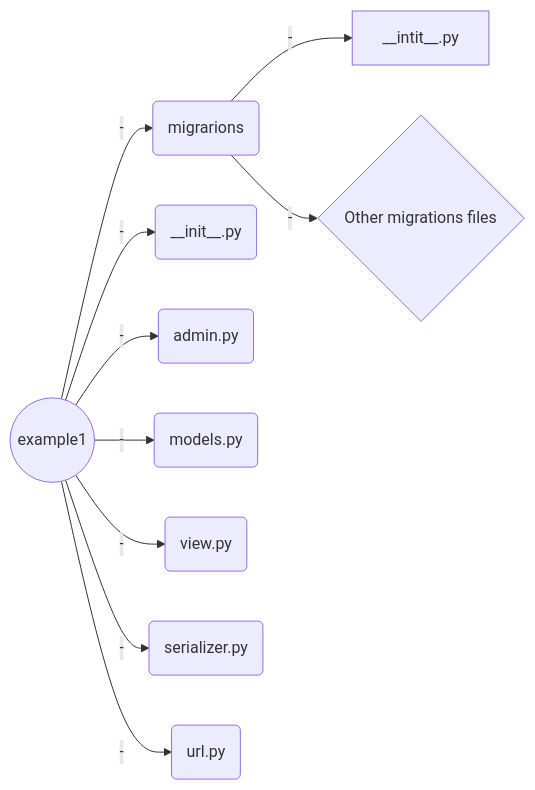
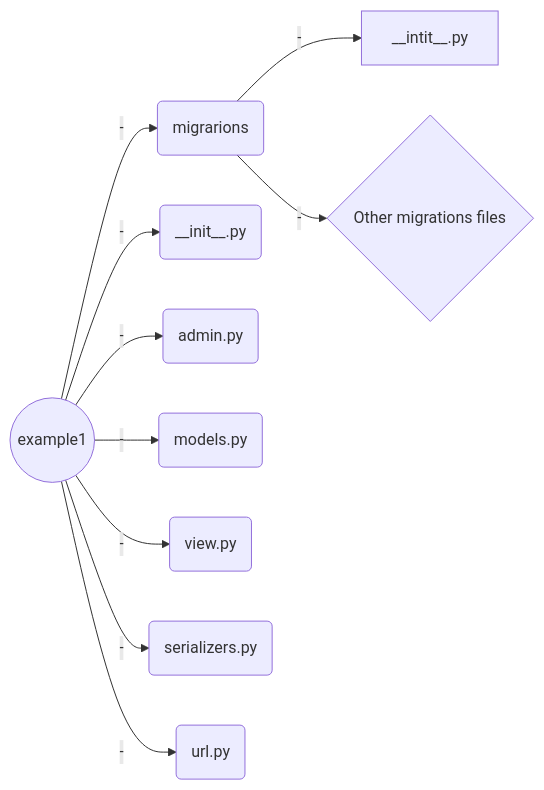
The first of 3 diagrams in Welcome file.md (LooDaHu/ARORA_General_-Introduction), drawn with Mermaid before and after one commit. The commit also changed other lines of this file, not shown here.

````diff
--- a/Welcome file.md
+++ b/Welcome file.md
@@ -43,14 +43,14 @@
 ```mermaid
 graph LR
 A((example1)) -- - --> B(migrarions) 
 B(migrarions) -- - --> C[__intit__.py]
 B(migrarions) -- - --> D{Other migrations files}
 A((example1)) -- - --> E(__init__.py) 
 A((example1)) -- - --> F(admin.py) 
 A((example1)) -- - --> G(models.py) 
 A((example1)) -- - --> H(view.py)
-A((example1)) -- - --> I(serializer.py)
+A((example1)) -- - --> I(serializers.py)
 A((example1)) -- - --> J(url.py)
  
 
 ```
````
